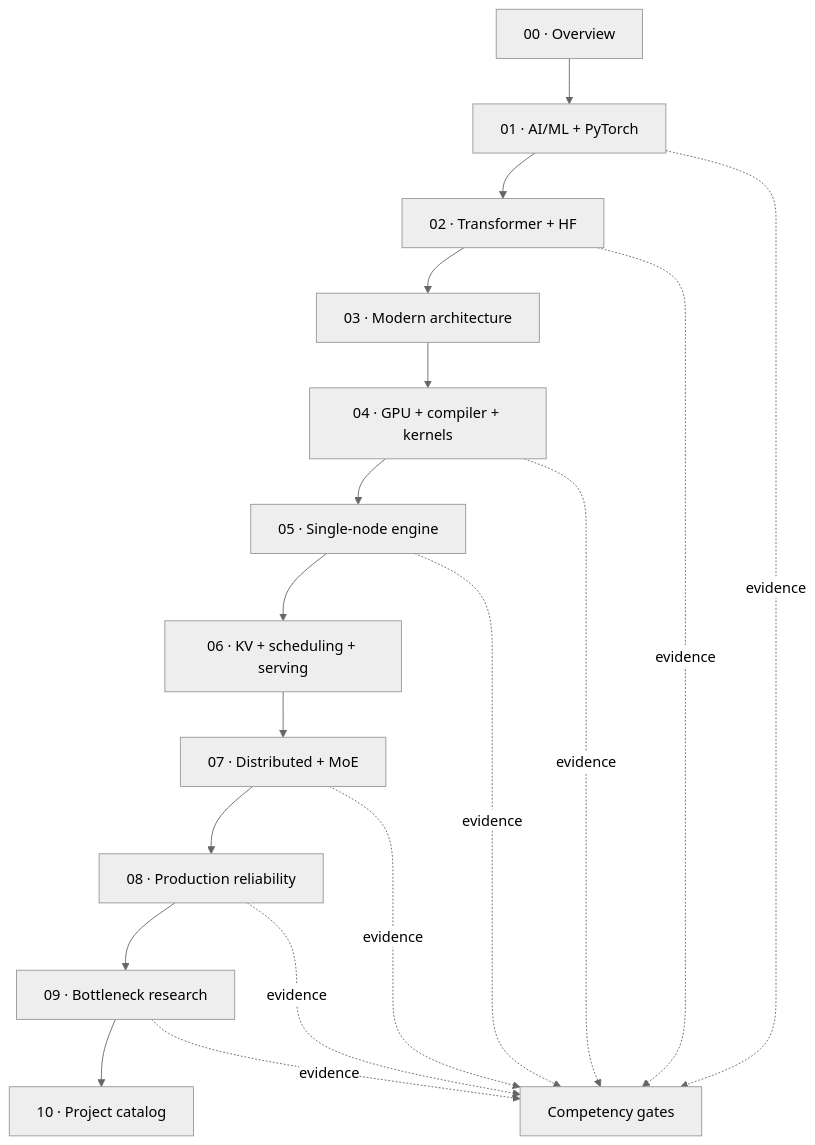
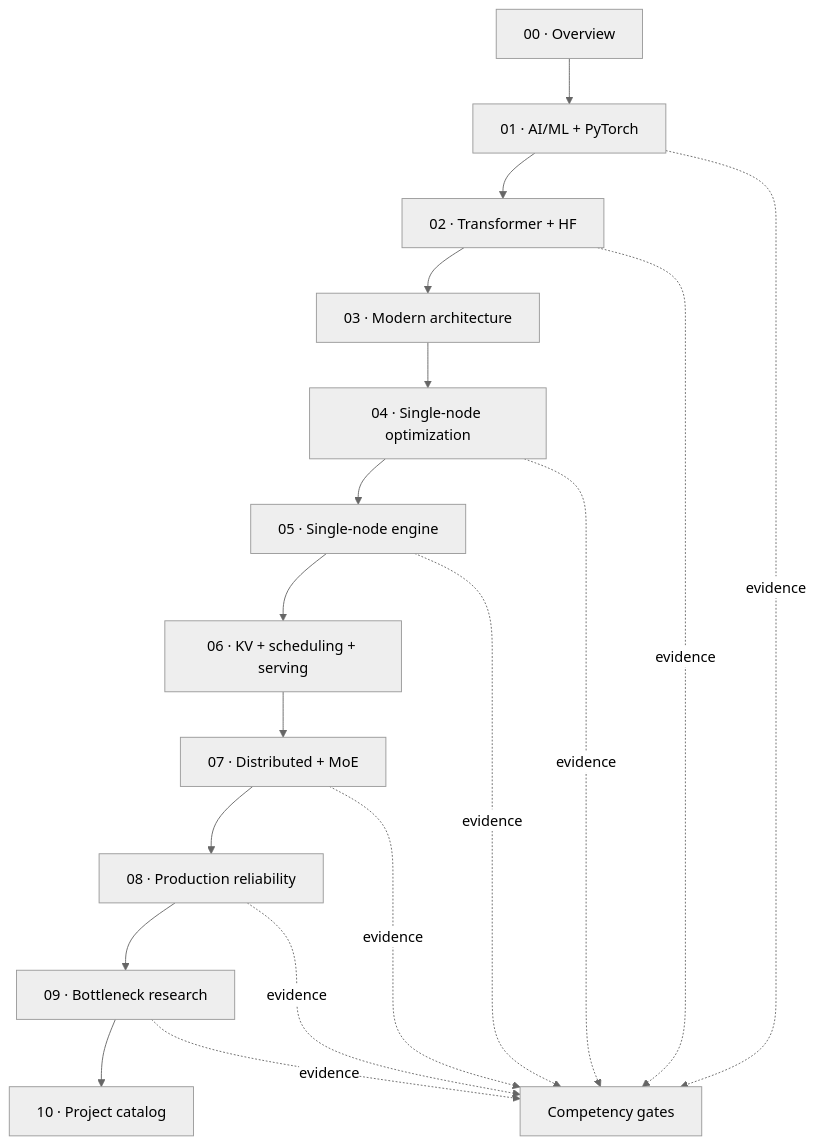
The diagram in LLM/ROADMAP/README.md (Kwan-Yiu/papers), drawn with Mermaid (neutral theme) before and after one commit. The commit also changed other lines of this file and 37 other files, not shown here.

Commit message:
Expand single-node LLM inference optimization roadmap

````diff
--- a/LLM/ROADMAP/README.md
+++ b/LLM/ROADMAP/README.md
@@ -33,24 +33,24 @@
 ```mermaid
 flowchart TD
     O["00 · Overview"]
     F["01 · AI/ML + PyTorch"]
     T["02 · Transformer + HF"]
     A["03 · Modern architecture"]
-    G["04 · GPU + compiler + kernels"]
+    G["04 · Single-node optimization"]
     E["05 · Single-node engine"]
     S["06 · KV + scheduling + serving"]
     D["07 · Distributed + MoE"]
     P["08 · Production reliability"]
     R["09 · Bottleneck research"]
     C["10 · Project catalog"]
     Q["Competency gates"]
 
     O --> F --> T --> A --> G --> E --> S --> D --> P --> R --> C
     F -. evidence .-> Q
     T -. evidence .-> Q
     G -. evidence .-> Q
     E -. evidence .-> Q
     D -. evidence .-> Q
     P -. evidence .-> Q
     R -. evidence .-> Q
 ```
````
